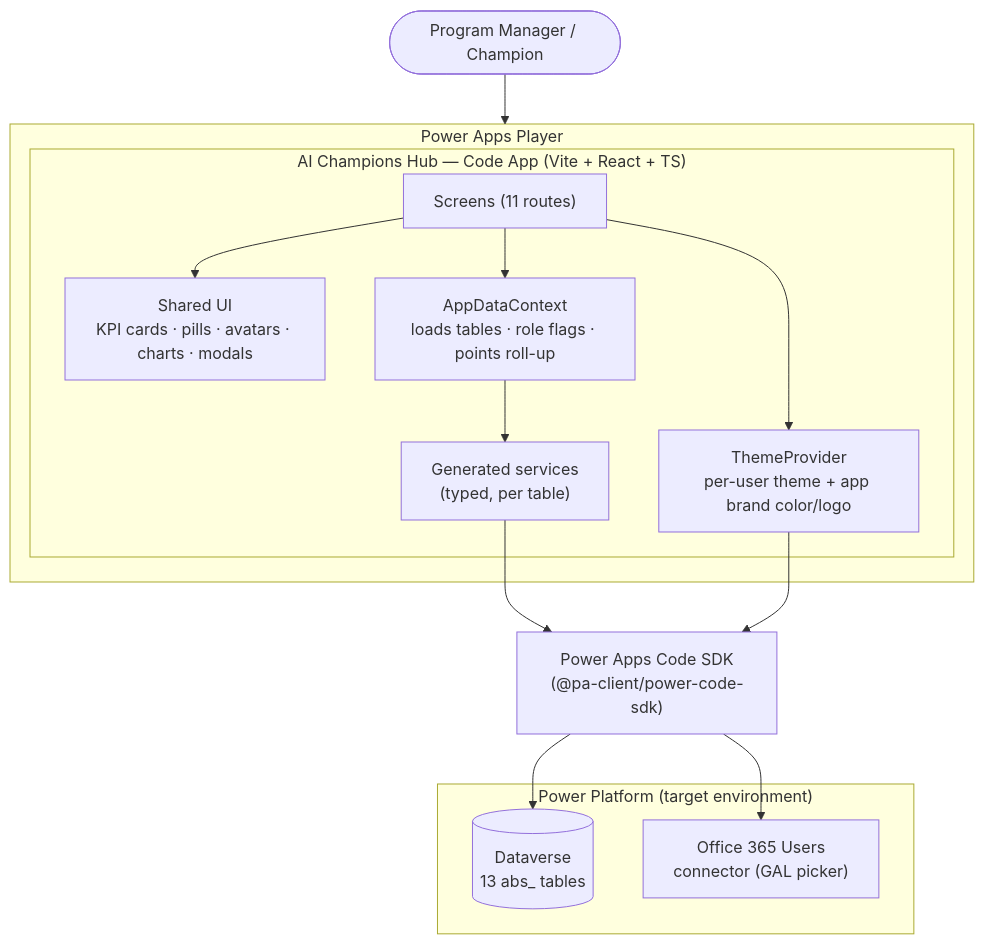
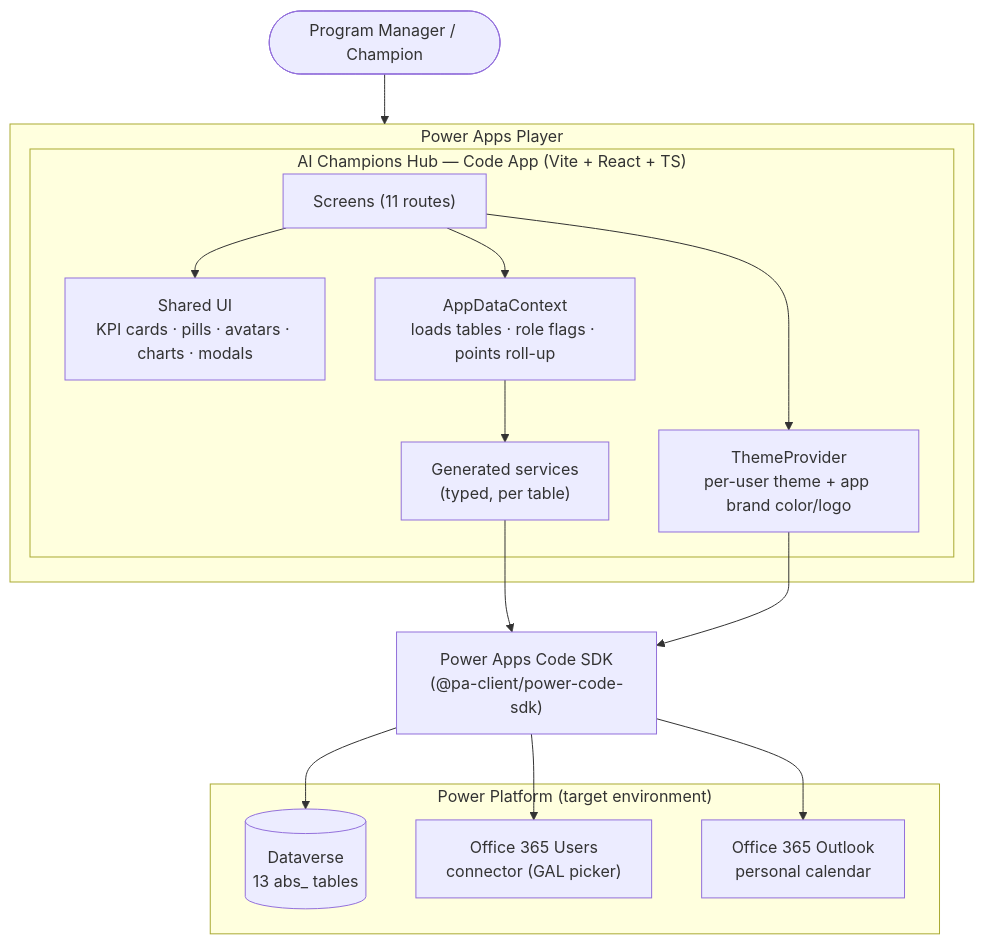
The first of 2 diagrams in README.md (nedian167/ai-champions-hub), drawn with Mermaid before and after one commit. The commit also changed other lines of this file and 30 other files, not shown here.

````diff
--- a/README.md
+++ b/README.md
@@ -69,31 +73,33 @@
 ```mermaid
 flowchart TB
     user([Program Manager / Champion])
 
     subgraph player["Power Apps Player"]
         subgraph app["AI Champions Hub — Code App (Vite + React + TS)"]
             screens["Screens (11 routes)"]
             shared["Shared UI<br/>KPI cards · pills · avatars · charts · modals"]
             ctx["AppDataContext<br/>loads tables · role flags · points roll-up"]
             theme["ThemeProvider<br/>per-user theme + app brand color/logo"]
             svc["Generated services<br/>(typed, per table)"]
             screens --> ctx
             screens --> shared
             screens --> theme
             ctx --> svc
         end
     end
 
     sdk["Power Apps Code SDK<br/>(@pa-client/power-code-sdk)"]
 
     subgraph pp["Power Platform (target environment)"]
         dv[("Dataverse<br/>13 abs_ tables")]
         o365["Office 365 Users<br/>connector (GAL picker)"]
+        outlook["Office 365 Outlook<br/>personal calendar"]
     end
 
     user --> player
     svc --> sdk
     theme --> sdk
     sdk --> dv
     sdk --> o365
+    sdk --> outlook
 ```
````
